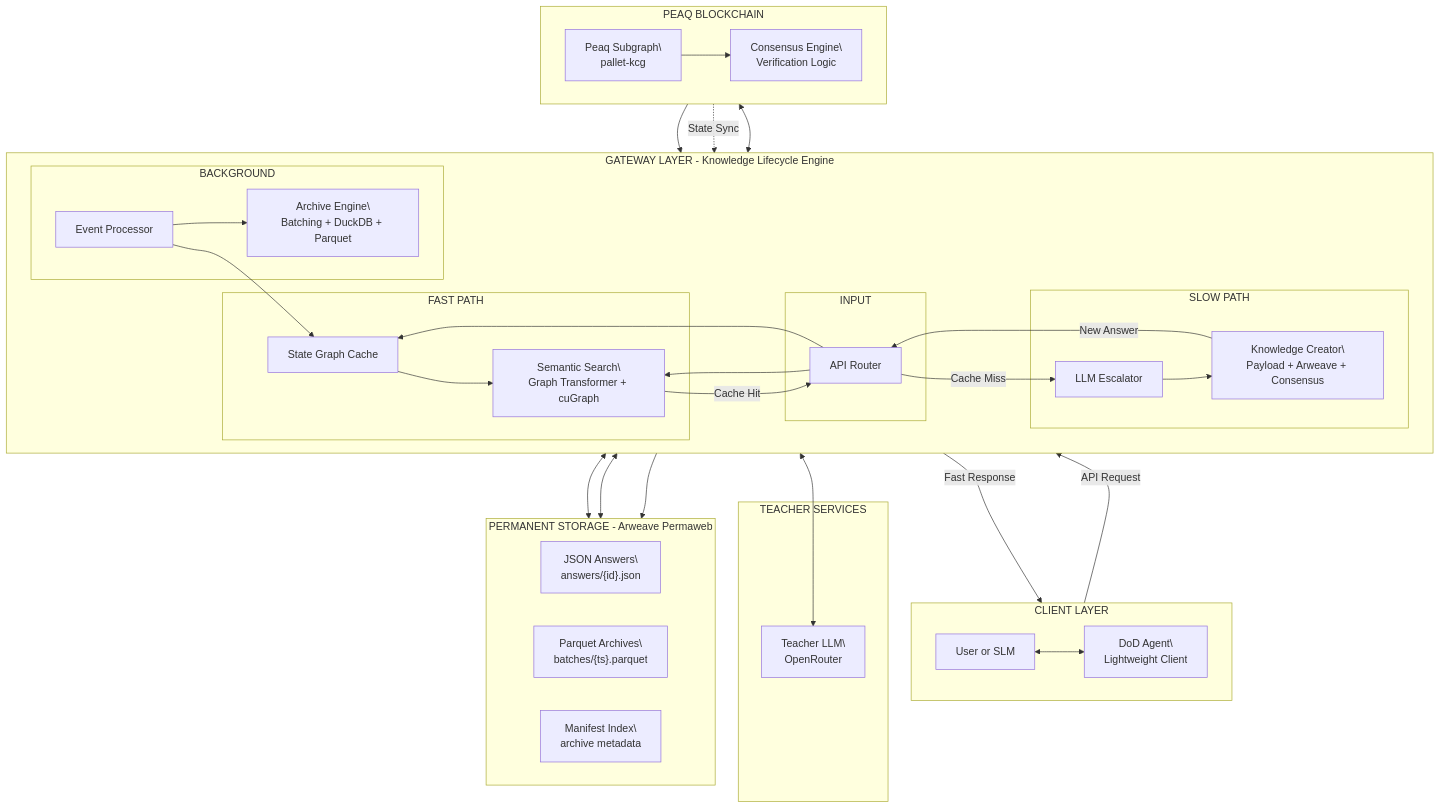
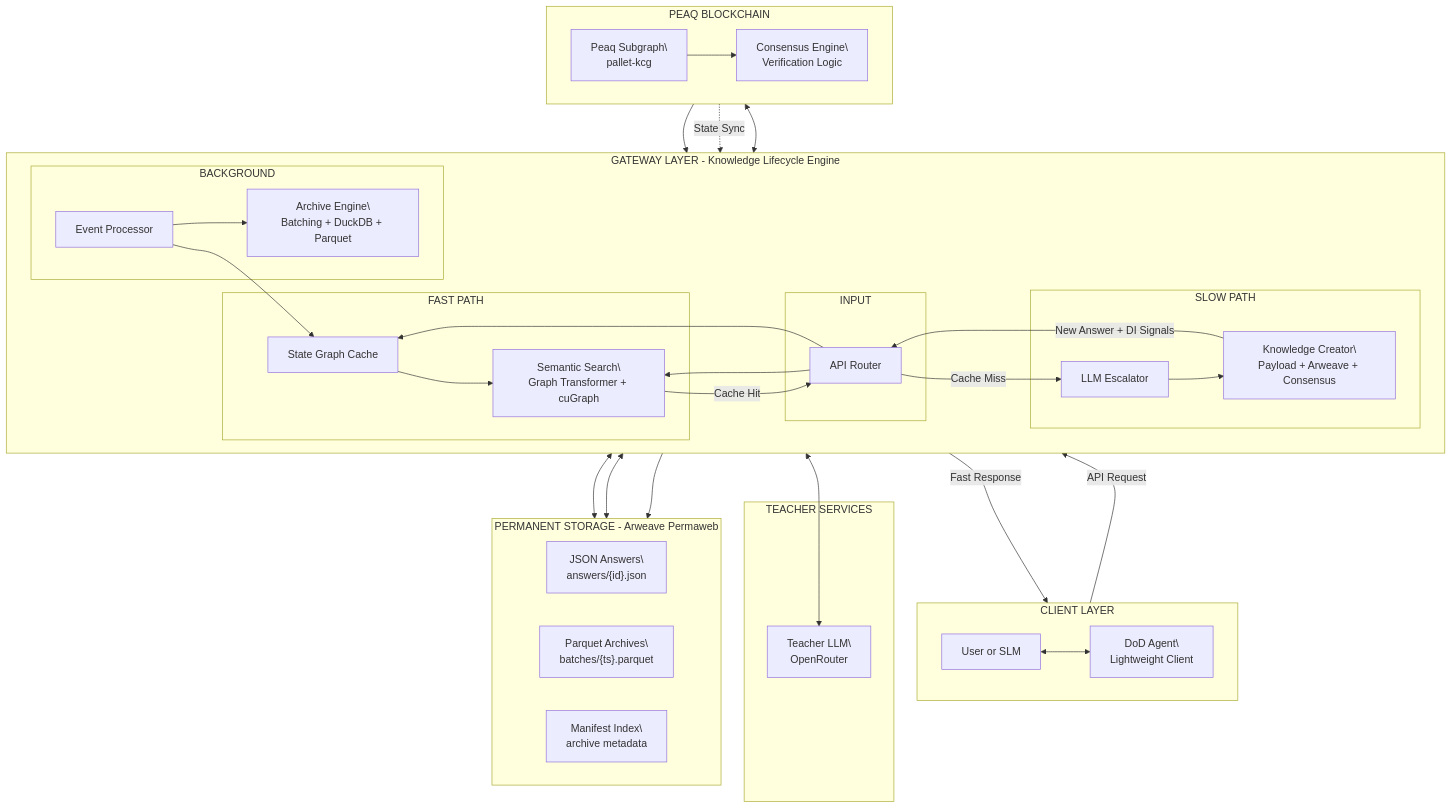
Before and after one commit to actiquest-dev/documentation: the first of 8 diagrams in membria-ce/decentralized-backend.mdx, drawn with Mermaid. The commit also changed other lines of this file and 25 other files, not shown here.

Commit message:
Add Claude Code integration, Superagent architecture, and updated Vibe Coding overview

```diff
--- a/membria-ce/decentralized-backend.mdx
+++ b/membria-ce/decentralized-backend.mdx
@@ -97,7 +97,7 @@
     KnowledgeCreator <--> JSONFiles
     KnowledgeCreator <--> PeaqSubgraph
     PeaqSubgraph --> PeaqConsensus
-    KnowledgeCreator -->|"New Answer"| Router
+    KnowledgeCreator -->|"New Answer + DI Signals"| Router
 
     %% Background Processing
     PeaqSubgraph --> EventProcessor
```
